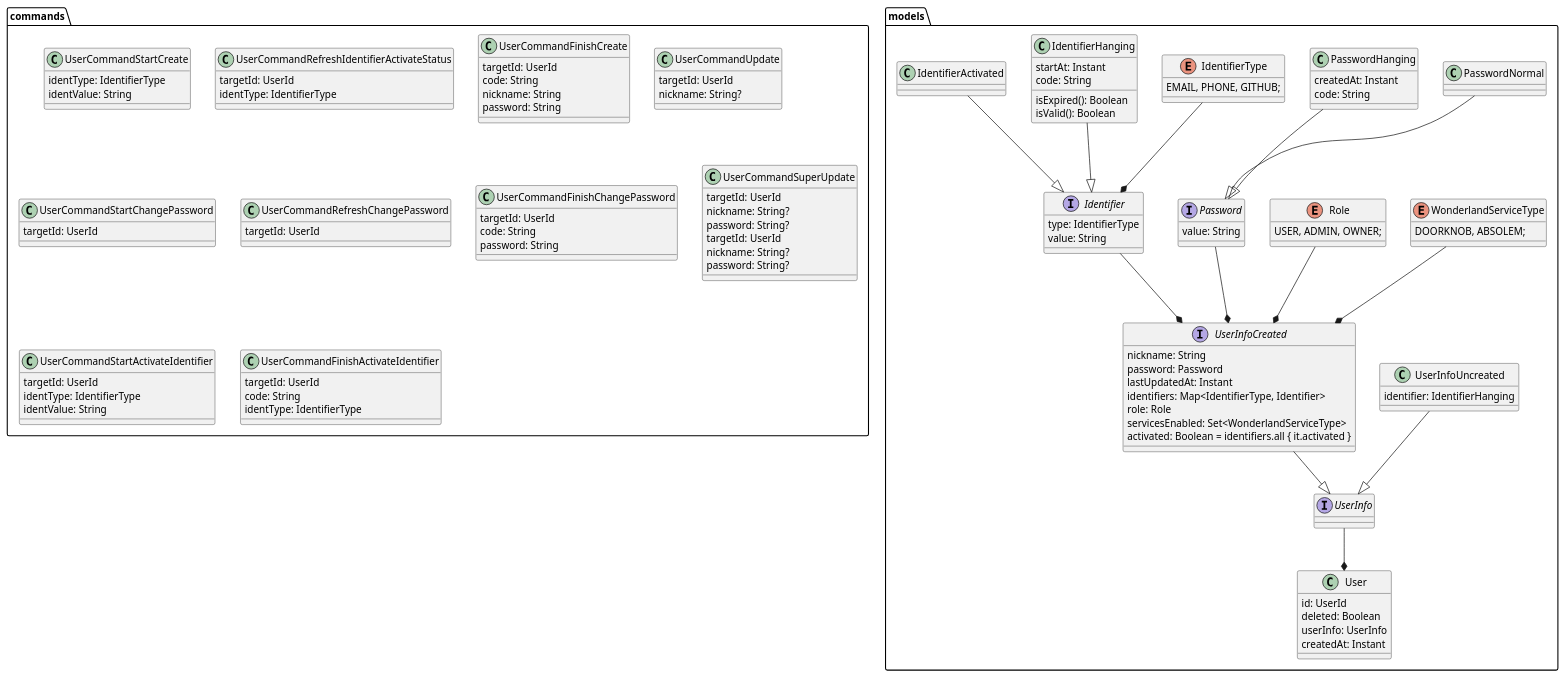
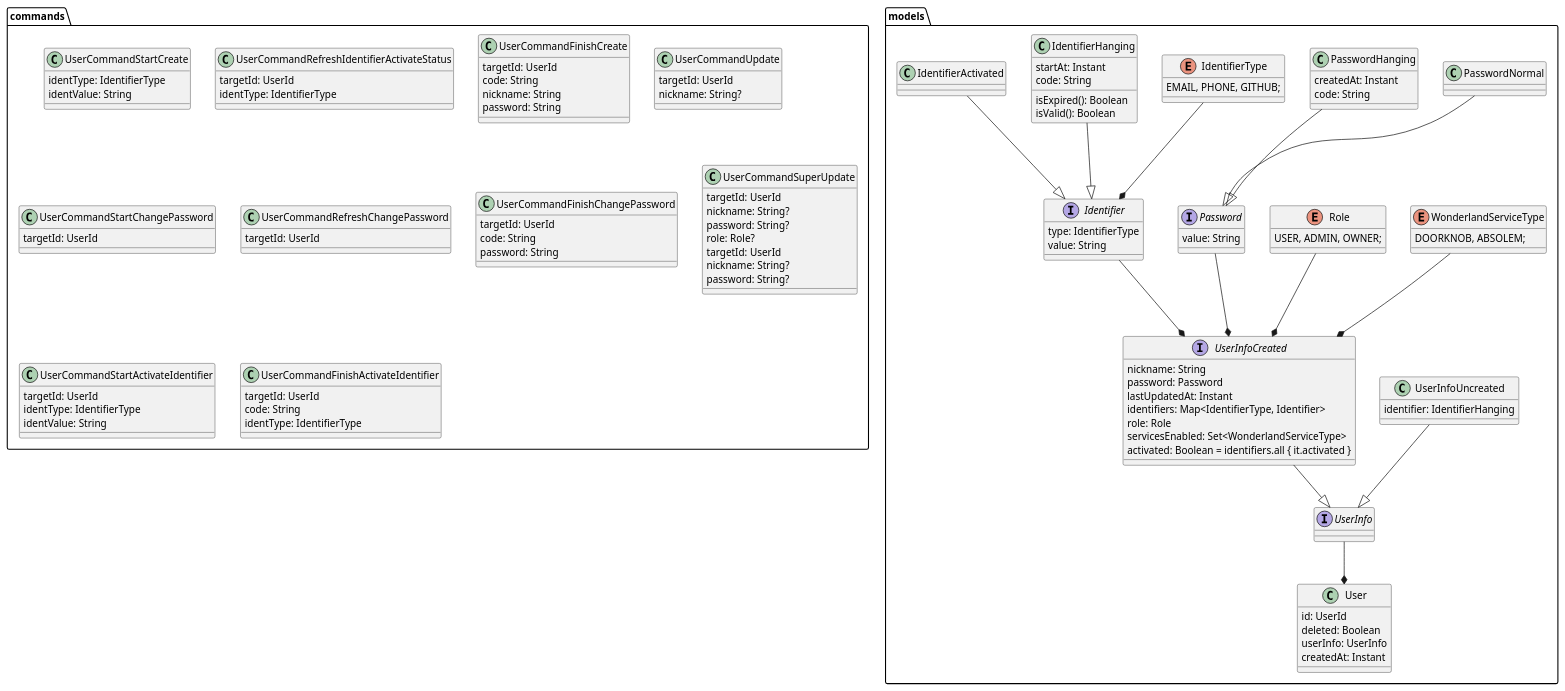
Before and after one commit to alices-wonderland/doorknob: diagram 18 of 18 in docs/docs/features.md, drawn with PlantUML. The commit also changed other lines of this file and 57 other files, not shown here.

```diff
--- a/docs/docs/features.md
+++ b/docs/docs/features.md
@@ -636,6 +689,7 @@
     targetId: UserId
     nickname: String?
     password: String?
+    role: Role?
   }
 
   class UserCommandSuperUpdate {
```
